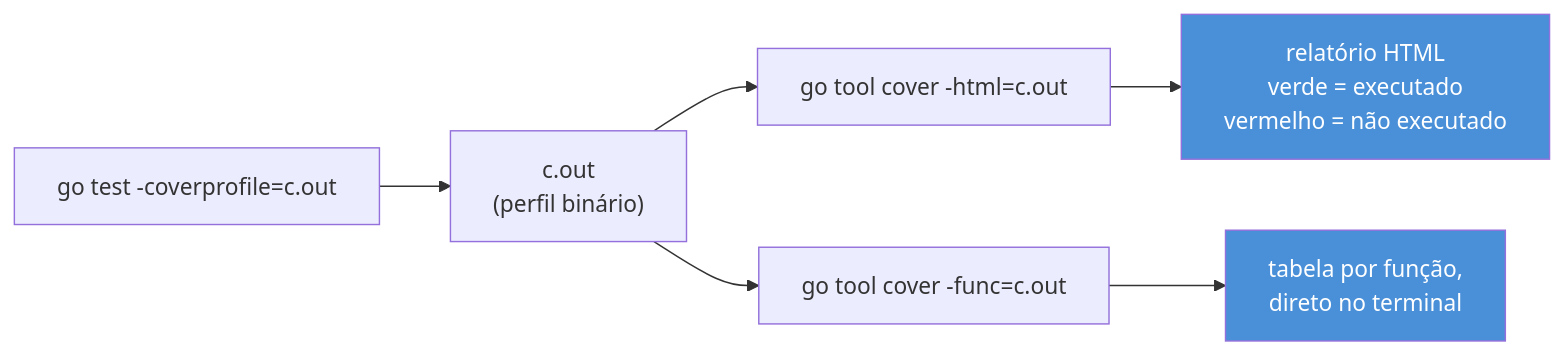
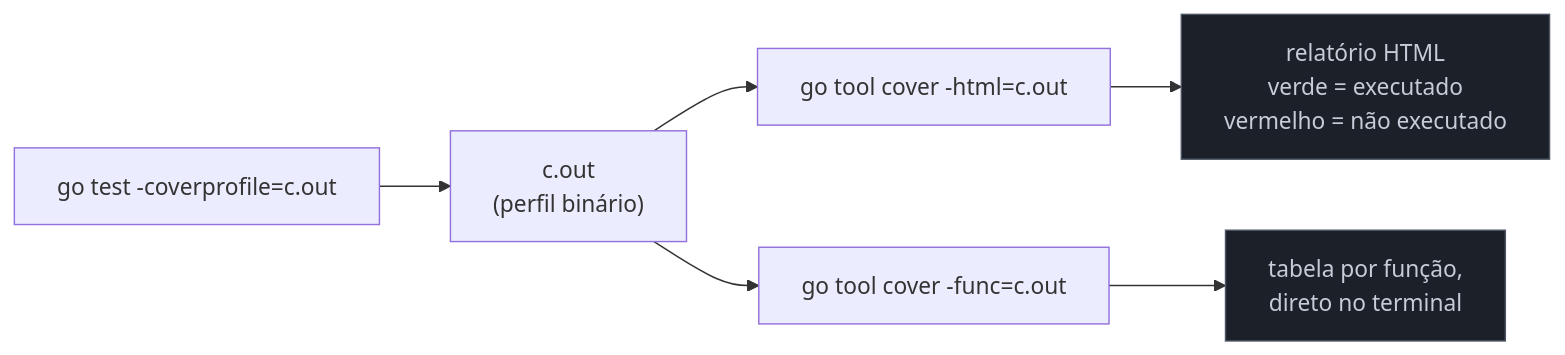
One commit to josenaldo/codex-technomanticus changed the first of 2 diagrams in 03-Dominios/Tecnologia/Go/15 - Testes/08 - Cobertura e testes idiomáticos.md. Above: the diagram before and after it, drawn with Mermaid. The commit also changed other lines of this file and 1181 other files, not shown here.

First line of the commit message:
fix(diagramas): paleta do sistema no lugar de cor cravada no markdown

````diff
--- a/03-Dominios/Tecnologia/Go/15 - Testes/08 - Cobertura e testes idiomáticos.md
+++ b/03-Dominios/Tecnologia/Go/15 - Testes/08 - Cobertura e testes idiomáticos.md
@@ -52,11 +52,12 @@
 ```mermaid
 flowchart LR
+    classDef neutro fill:#1B2029,stroke:#4E5666,color:#C6CCD8
     A["go test -coverprofile=c.out"] --> B["c.out\n(perfil binário)"]
     B --> C["go tool cover -html=c.out"]
     C --> D["relatório HTML\nverde = executado\nvermelho = não executado"]
     B --> E["go tool cover -func=c.out"]
     E --> F["tabela por função,\ndireto no terminal"]
 
-    style D fill:#4A90D9,color:#fff
-    style F fill:#4A90D9,color:#fff
+    class D neutro
+    class F neutro
 ```
````
